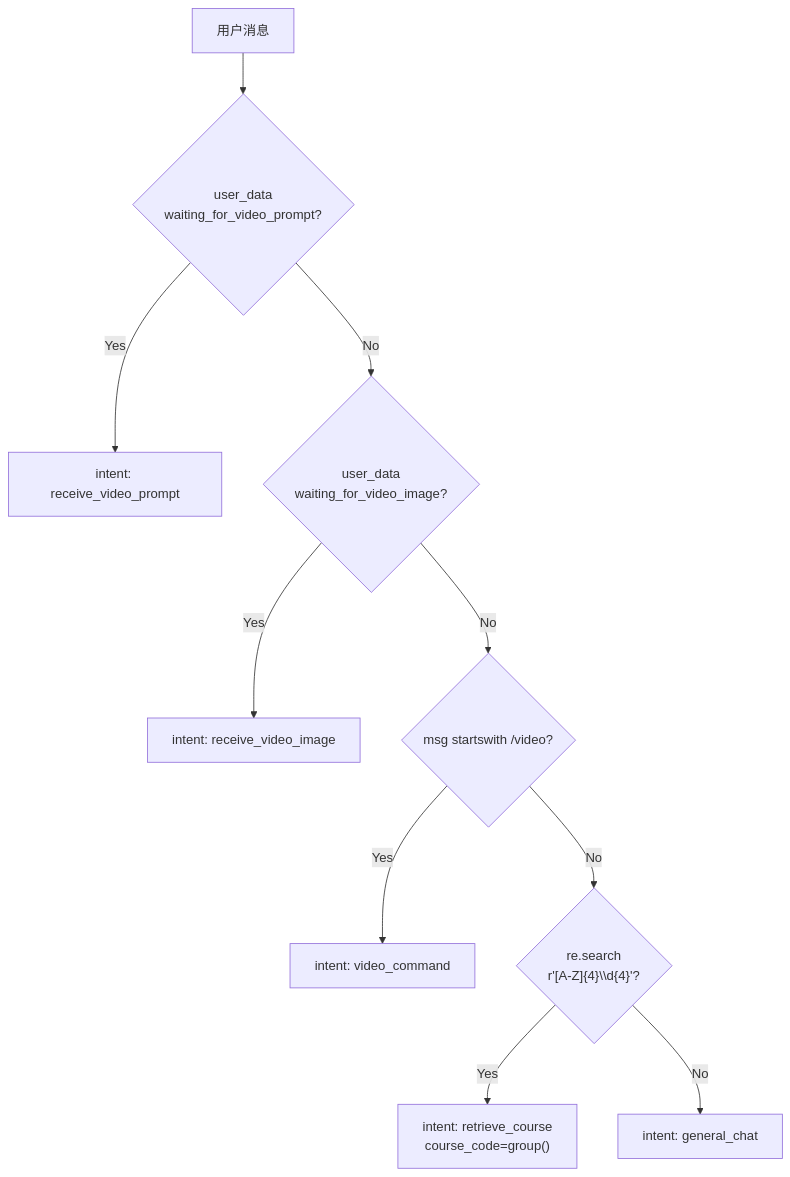
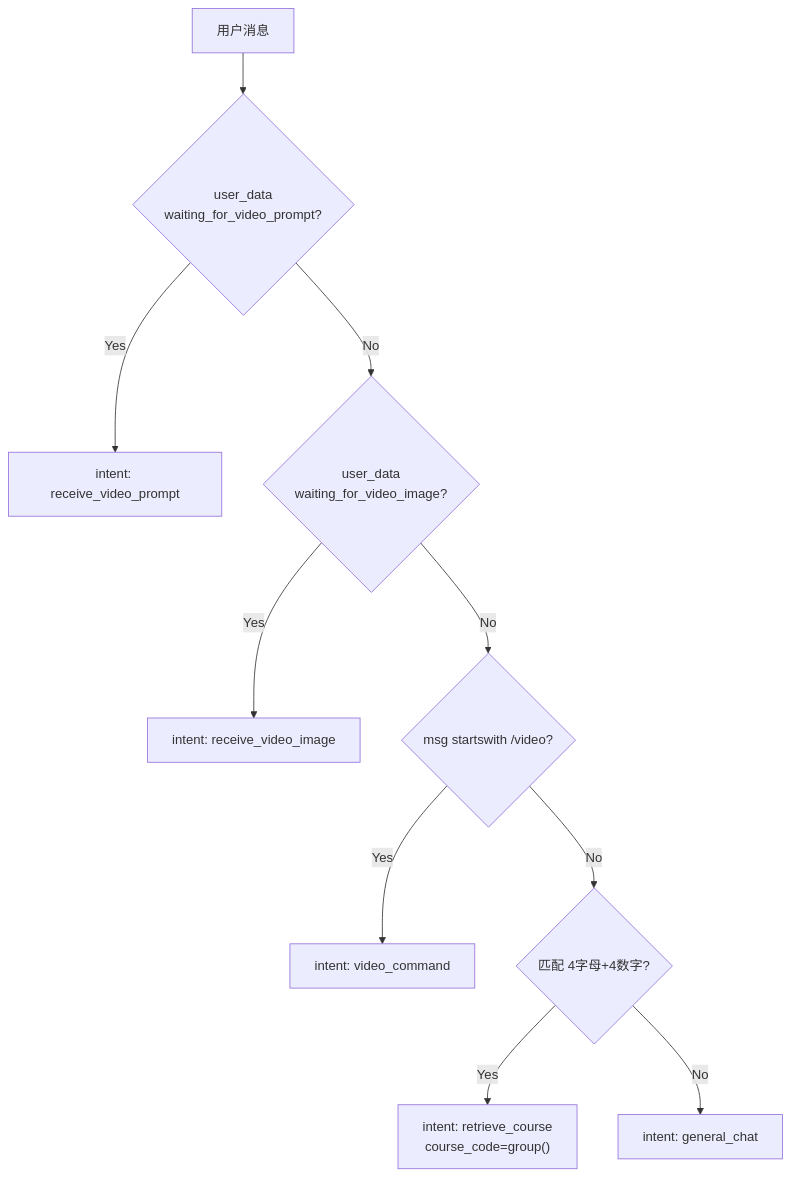
One commit to ravemelodic/Multi-functional_AI_Assistant changed the third of 9 diagrams in 流程图.md. Above: the diagram before and after it, drawn with Mermaid. The commit also changed other lines of this file, not shown here.

Commit message:
fix: 修复 Mermaid 流程图正则表达式渲染失败

````diff
--- a/流程图.md
+++ b/流程图.md
@@ -88,12 +88,12 @@
 ```mermaid
 flowchart TD
     MSG["用户消息"] --> CHECK1{"user_data<br/>waiting_for_video_prompt?"}
     CHECK1 -->|Yes| PROMPT["intent: receive_video_prompt"]
     CHECK1 -->|No| CHECK2{"user_data<br/>waiting_for_video_image?"}
     CHECK2 -->|Yes| IMAGE["intent: receive_video_image"]
     CHECK2 -->|No| CHECK3{"msg startswith /video?"}
     CHECK3 -->|Yes| VIDEO["intent: video_command"]
-    CHECK3 -->|No| CHECK4{"re.search<br/>r'[A-Z]{4}\\d{4}'?"}
+    CHECK3 -->|No| CHECK4{"匹配 4字母+4数字?"}
     CHECK4 -->|Yes| COURSE["intent: retrieve_course<br/>course_code=group()"]
     CHECK4 -->|No| CHAT["intent: general_chat"]
 ```
````
